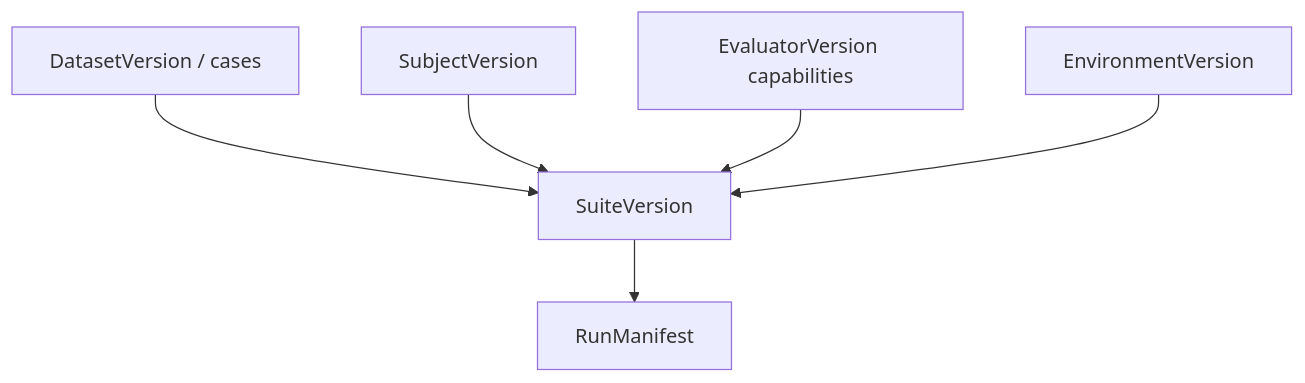
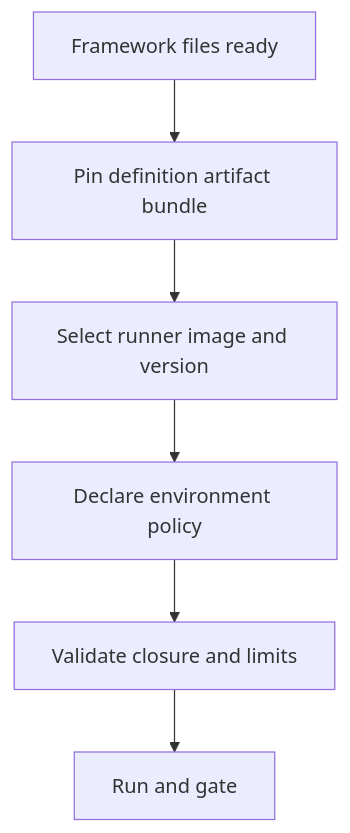
Before and after one commit to softprobe/document-website: the diagram in en/evaluation/guides/author-a-suite.md, drawn with Mermaid. The commit also changed other lines of this file and 10 other files, not shown here.

````diff
--- a/en/evaluation/guides/author-a-suite.md
+++ b/en/evaluation/guides/author-a-suite.md
@@ -13,10 +11,10 @@
 ```mermaid
 flowchart TB
-  Data[DatasetVersion / cases]
-  Sub[SubjectVersion]
-  Eval[EvaluatorVersion capabilities]
-  Env[EnvironmentVersion]
-  Suite[SuiteVersion]
-  Manifest[RunManifest]
-  Data & Sub & Eval & Env --> Suite --> Manifest
+  A[Framework files ready]
+  B[Pin definition artifact bundle]
+  C[Select runner image and version]
+  D[Declare environment policy]
+  E[Validate closure and limits]
+  F[Run and gate]
+  A --> B --> C --> D --> E --> F
 ```
````
